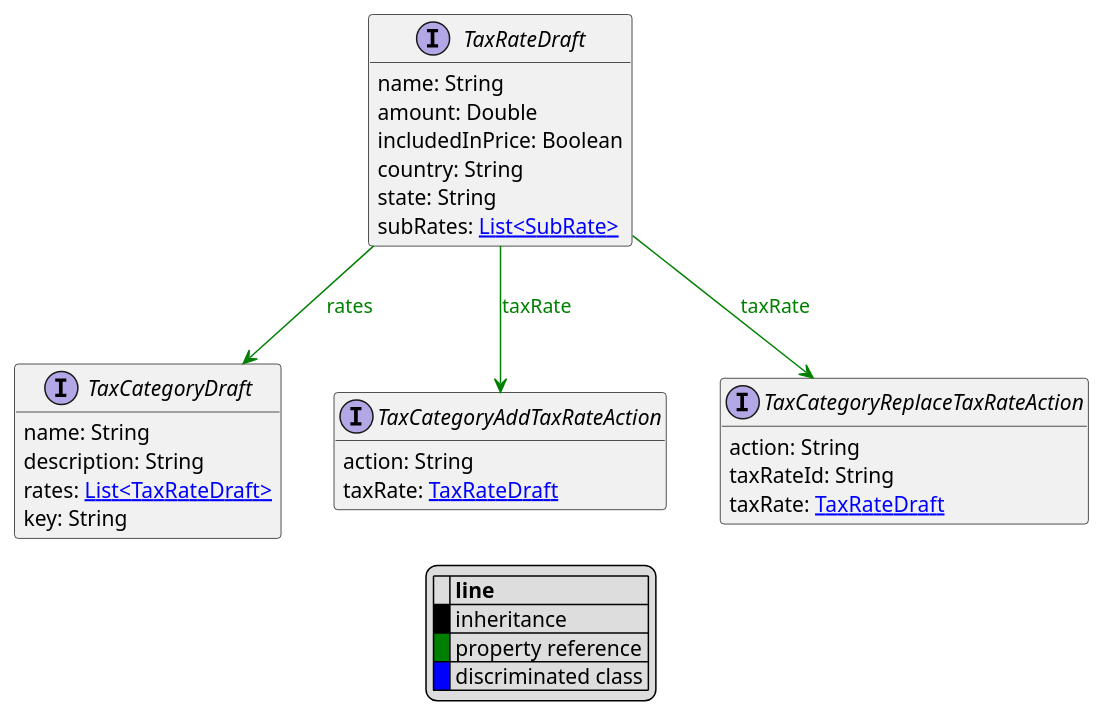
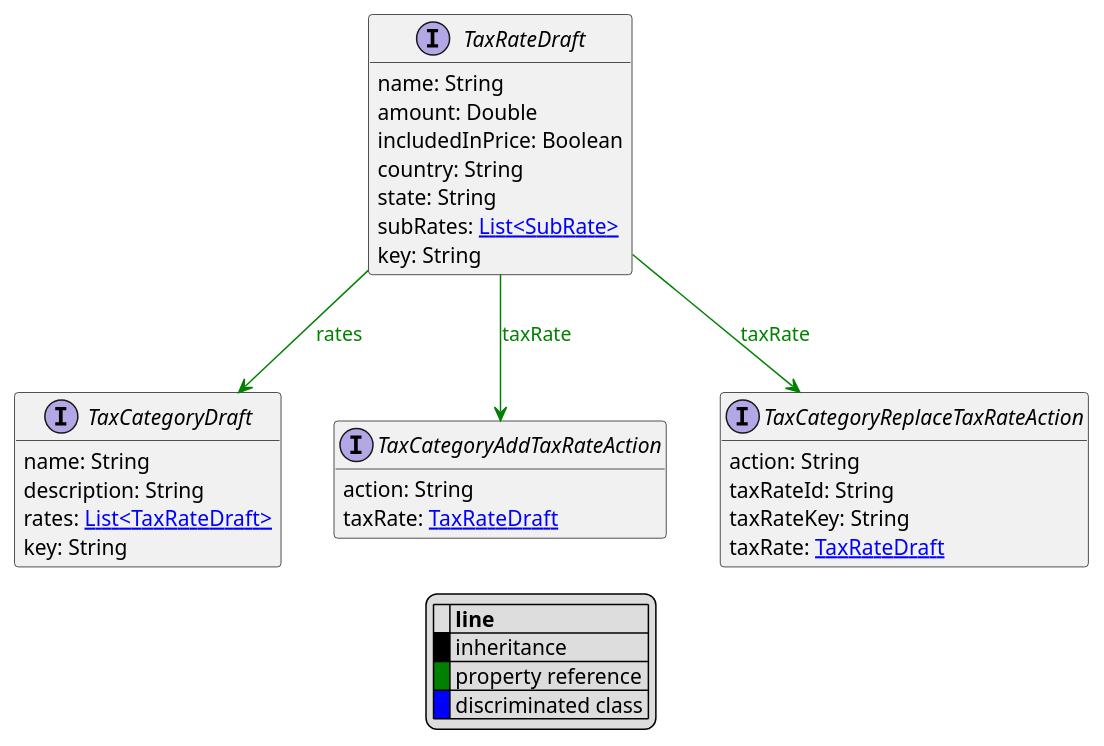
Before and after one commit to commercetools/commercetools-api-reference: the diagram in uml/api/TaxRateDraft.puml, drawn with PlantUML. The commit also changed 12 other files, not shown here.

```diff
--- a/uml/api/TaxRateDraft.puml
+++ b/uml/api/TaxRateDraft.puml
@@ -1,41 +1,43 @@
 @startuml
 
 hide empty fields
 hide empty methods
 legend
 |= |= line |
 |<back:black>   </back>| inheritance |
 |<back:green>   </back>| property reference |
 |<back:blue>   </back>| discriminated class |
 endlegend
 interface TaxRateDraft [[TaxRateDraft.svg]]  {
     name: String
     amount: Double
     includedInPrice: Boolean
     country: String
     state: String
     subRates: [[SubRate.svg List<SubRate>]]
+    key: String
 }
 
 
 
 interface TaxCategoryDraft [[TaxCategoryDraft.svg]]  {
     name: String
     description: String
     rates: [[TaxRateDraft.svg List<TaxRateDraft>]]
     key: String
 }
 interface TaxCategoryAddTaxRateAction [[TaxCategoryAddTaxRateAction.svg]]  {
     action: String
     taxRate: [[TaxRateDraft.svg TaxRateDraft]]
 }
 interface TaxCategoryReplaceTaxRateAction [[TaxCategoryReplaceTaxRateAction.svg]]  {
     action: String
     taxRateId: String
+    taxRateKey: String
     taxRate: [[TaxRateDraft.svg TaxRateDraft]]
 }
 
 TaxRateDraft --> TaxCategoryDraft #green;text:green : "rates"
 TaxRateDraft --> TaxCategoryAddTaxRateAction #green;text:green : "taxRate"
 TaxRateDraft --> TaxCategoryReplaceTaxRateAction #green;text:green : "taxRate"
 @enduml
```
